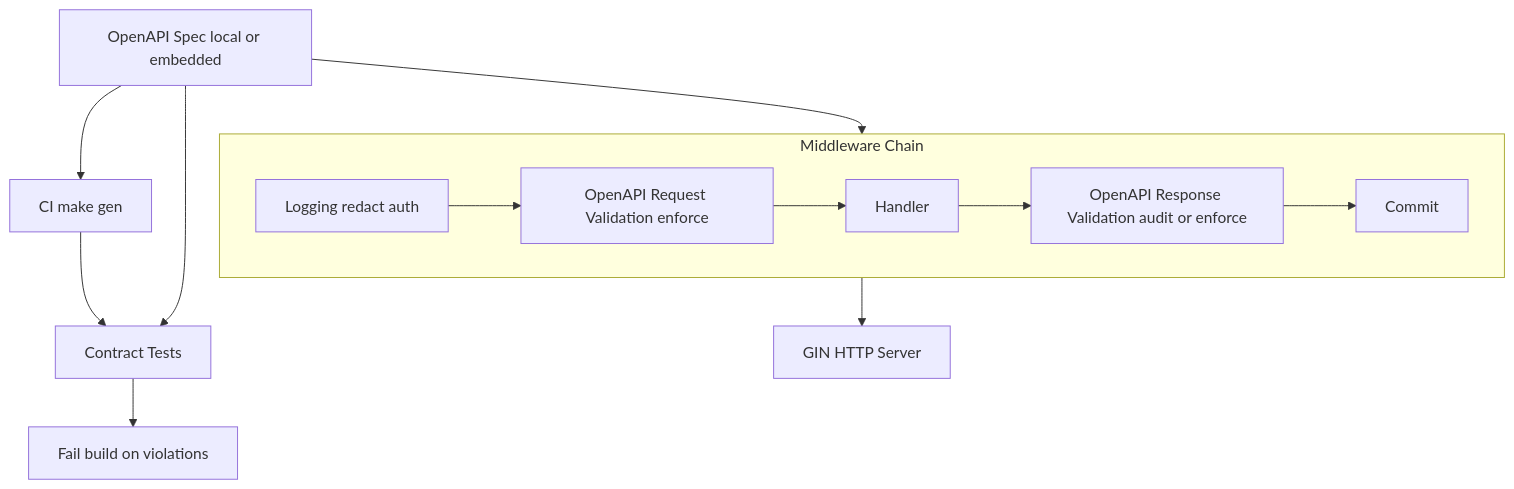
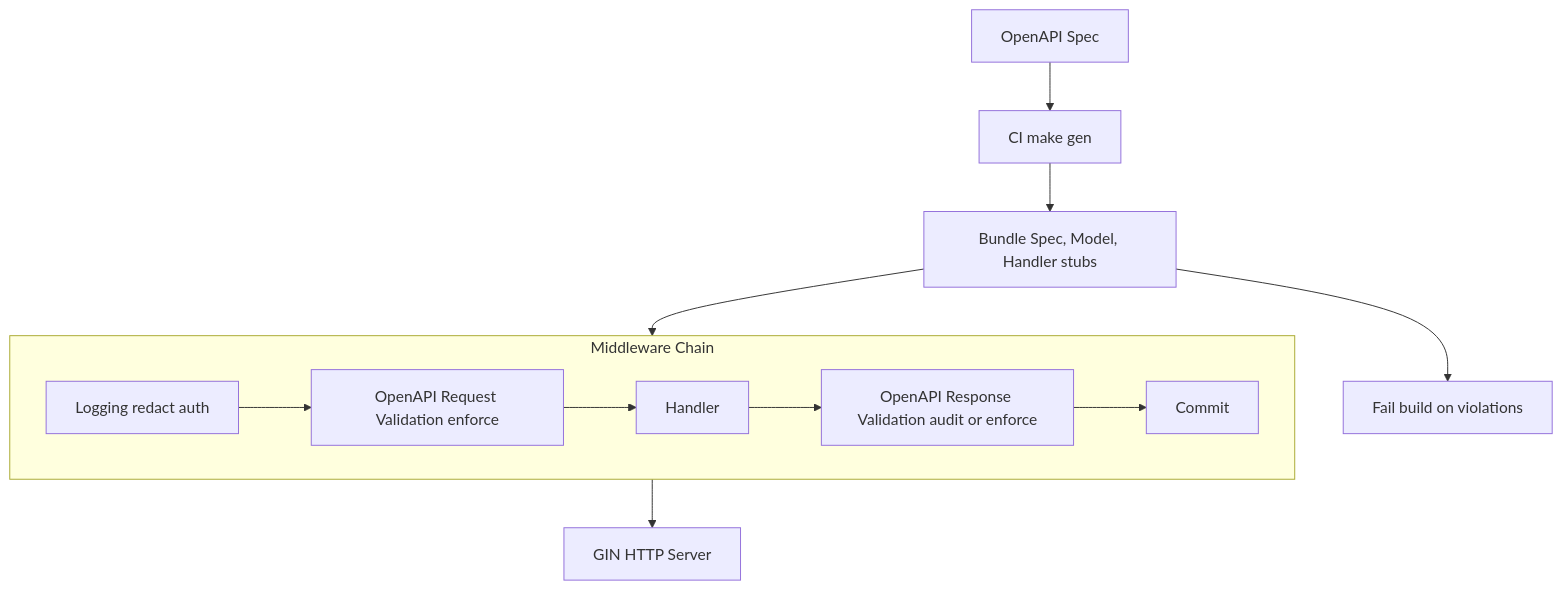
The diagram in docs/adr/adr-0001-request-response-validation.md (calypr/syfon), drawn with Mermaid before and after one commit. The commit also changed other lines of this file, not shown here.

Commit message:
improve diagram

````diff
--- a/docs/adr/adr-0001-request-response-validation.md
+++ b/docs/adr/adr-0001-request-response-validation.md
@@ -36,19 +40,18 @@
 ```mermaid
 flowchart TB
-    Spec[OpenAPI Spec local or embedded] --> CI
-    CI[CI make gen] --> Contract[Contract Tests]
-    Spec --> Contract
-    Spec --> MiddlewareChain
+    Spec[OpenAPI Spec] --> CI
+    CI[CI make gen] --> Contract[Bundle Spec, Model, Handler stubs]
+    Contract --> MiddlewareChain
     Contract --> Report[Fail build on violations]
  
     subgraph MiddlewareChain[Middleware Chain]
         LogReq[Logging redact auth] --> ReqVal[OpenAPI Request Validation enforce]
         ReqVal --> Handler
         Handler --> RespVal[OpenAPI Response Validation audit or enforce]
         RespVal --> Commit
     end
     
     MiddlewareChain --> Gin[GIN HTTP Server]
 
 
 ```
````
